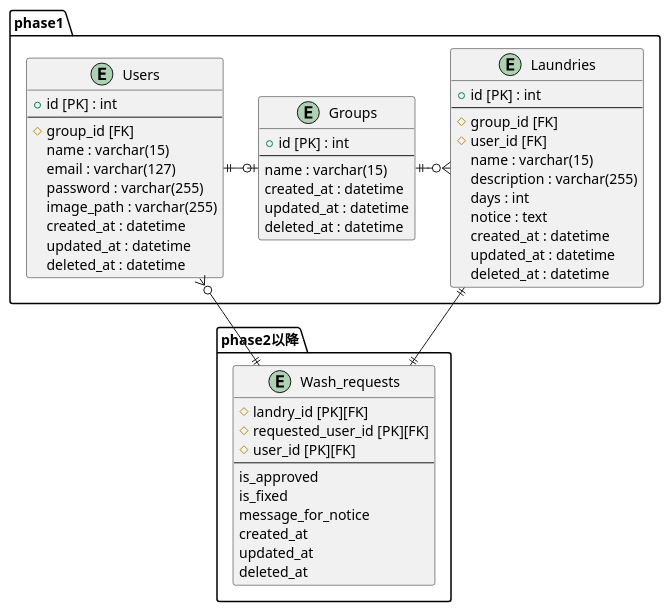
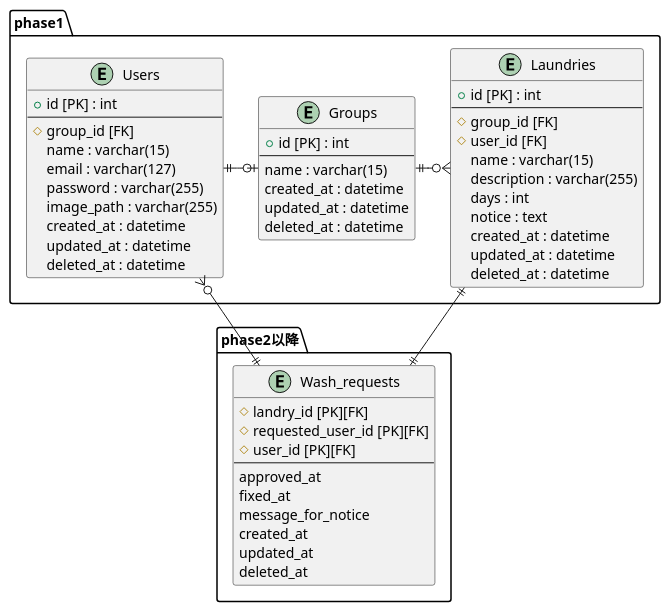
The diagram in docs/ER図.puml (mixa393/mohumohu), drawn with PlantUML before and after one commit.

Commit message:
Fix: wash_requestsテーブルのカラムの型変更

```diff
--- a/docs/ER図.puml
+++ b/docs/ER図.puml
@@ -1,62 +1,62 @@
 @startuml
 
 package phase1{
     entity Users{
     + id [PK] : int
     --
     # group_id [FK]
     name : varchar(15)
     email : varchar(127)
     password : varchar(255)
     image_path : varchar(255)
     created_at : datetime
     updated_at : datetime
     deleted_at : datetime
     }
 
     entity Groups
     {
     + id [PK] : int
     --
     name : varchar(15)
     created_at : datetime
     updated_at : datetime
     deleted_at : datetime
     }
 
     entity Laundries{
     + id [PK] : int
     --
     # group_id [FK]
     # user_id [FK]
     name : varchar(15)
     description : varchar(255)
     days : int
     notice : text
     created_at : datetime
     updated_at : datetime
     deleted_at : datetime
     }
 }
 
 package  phase2以降{
     entity Wash_requests{
     # landry_id [PK][FK]
     # requested_user_id [PK][FK]
     # user_id [PK][FK]
     --
-    is_approved
-    is_fixed
+    approved_at
+    fixed_at
     message_for_notice
     created_at
     updated_at
     deleted_at
     }
 }
 Users ||-o| Groups
 Groups ||-o{ Laundries
 Laundries ||-|| Wash_requests
 Users }o--|| Wash_requests
 
 
 @enduml
```
